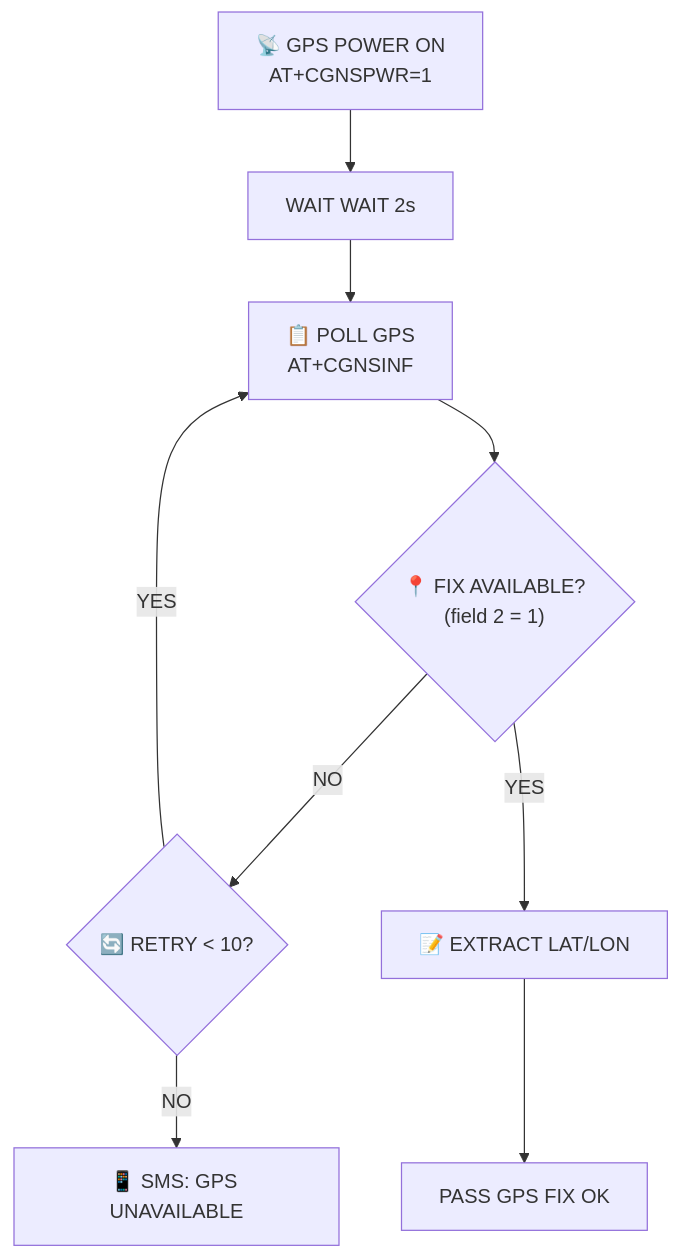
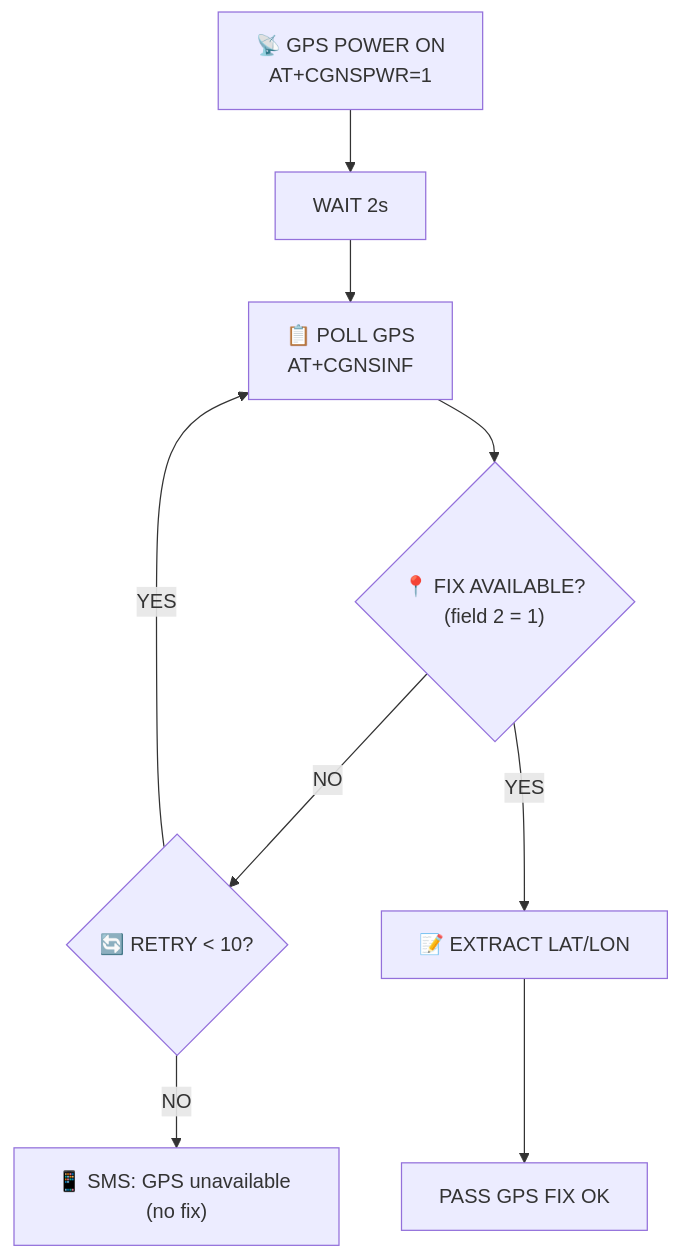
One commit to qppd/smart-vehicle-impact-detection-device changed the fourth of 7 diagrams in docs/FLOWCHART.md. Above: the diagram before and after it, drawn with Mermaid. The commit also changed other lines of this file and 10 other files, not shown here.

````diff
--- a/docs/FLOWCHART.md
+++ b/docs/FLOWCHART.md
@@ -90,11 +91,11 @@
 ```mermaid
 flowchart TD
-    GPS_ON["📡 GPS POWER ON<br/>AT+CGNSPWR=1"] --> WAIT["WAIT WAIT 2s"]
+    GPS_ON["📡 GPS POWER ON<br/>AT+CGNSPWR=1"] --> WAIT["WAIT 2s"]
     WAIT --> POLL["📋 POLL GPS<br/>AT+CGNSINF"]
     POLL --> FIX{"📍 FIX AVAILABLE?<br/>(field 2 = 1)"}
     FIX -->|NO| RETRY{"🔄 RETRY < 10?"}
     RETRY -->|YES| POLL
-    RETRY -->|NO| NO_FIX["📱 SMS: GPS UNAVAILABLE"]
+    RETRY -->|NO| NO_FIX["📱 SMS: GPS unavailable (no fix)"]
     FIX -->|YES| EXTRACT["📝 EXTRACT LAT/LON"]
     EXTRACT --> GPS_OK["PASS GPS FIX OK"]
 ```
````
